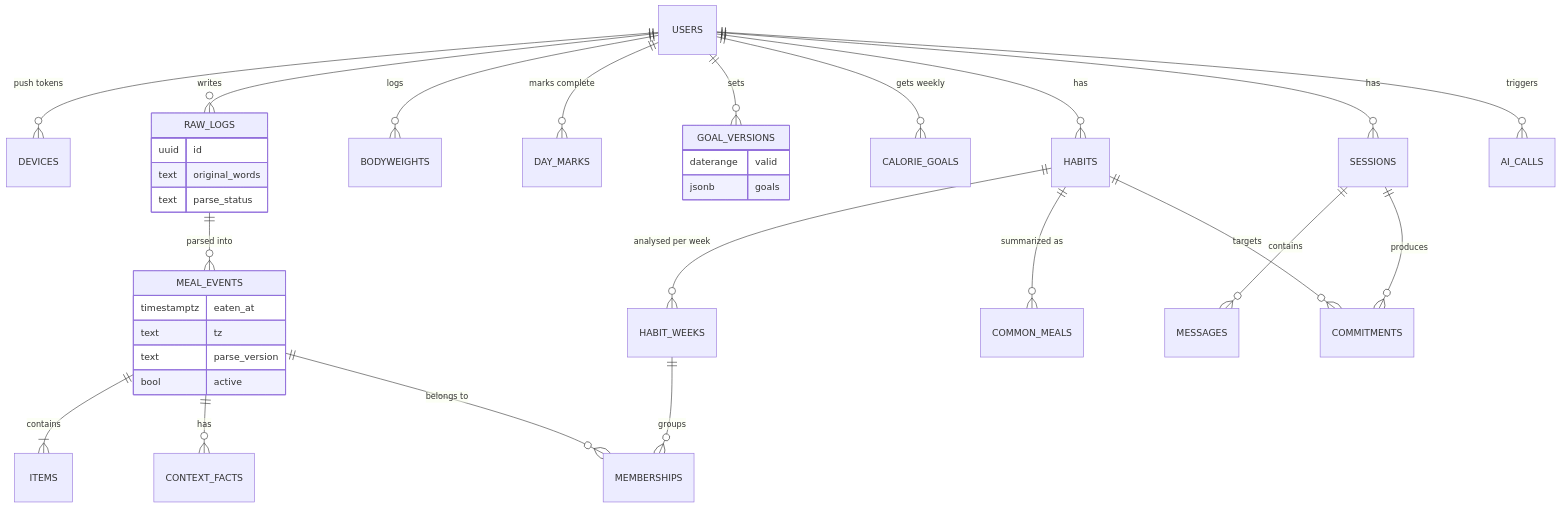
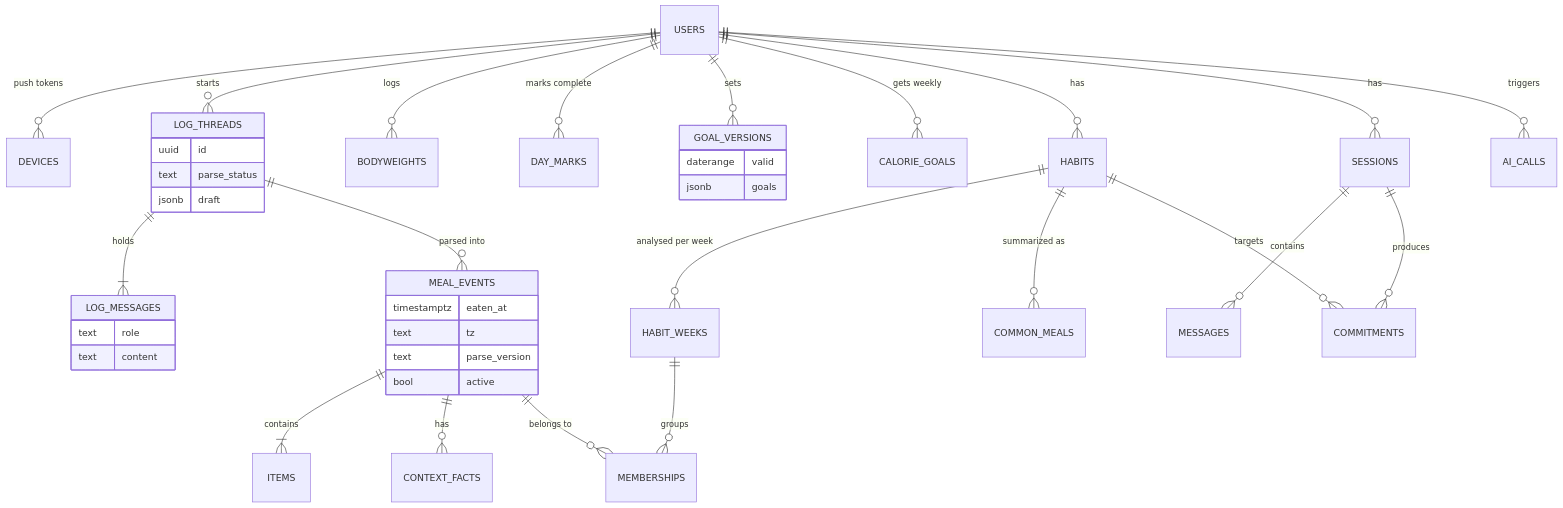
The first of 2 diagrams in administration/docs/database-analysis.md (odymosgr/ai-powered-eating-habits), drawn with Mermaid before and after one commit. The commit also changed other lines of this file and 2 other files, not shown here.

Commit message:
docs(plan): add the meal-log thread

````diff
--- a/administration/docs/database-analysis.md
+++ b/administration/docs/database-analysis.md
@@ -36,37 +36,42 @@
 ```mermaid
 erDiagram
     USERS ||--o{ DEVICES : "push tokens"
-    USERS ||--o{ RAW_LOGS : writes
-    RAW_LOGS ||--o{ MEAL_EVENTS : "parsed into"
+    USERS ||--o{ LOG_THREADS : starts
+    LOG_THREADS ||--|{ LOG_MESSAGES : holds
+    LOG_THREADS ||--o{ MEAL_EVENTS : "parsed into"
     MEAL_EVENTS ||--|{ ITEMS : contains
     MEAL_EVENTS ||--o{ CONTEXT_FACTS : has
     USERS ||--o{ BODYWEIGHTS : logs
     USERS ||--o{ DAY_MARKS : "marks complete"
     USERS ||--o{ GOAL_VERSIONS : sets
     USERS ||--o{ CALORIE_GOALS : "gets weekly"
     USERS ||--o{ HABITS : has
     HABITS ||--o{ HABIT_WEEKS : "analysed per week"
     HABIT_WEEKS ||--o{ MEMBERSHIPS : groups
     MEAL_EVENTS ||--o{ MEMBERSHIPS : "belongs to"
     HABITS ||--o{ COMMON_MEALS : "summarized as"
     USERS ||--o{ SESSIONS : has
     SESSIONS ||--o{ MESSAGES : contains
     SESSIONS ||--o{ COMMITMENTS : produces
     HABITS ||--o{ COMMITMENTS : targets
     USERS ||--o{ AI_CALLS : triggers
-    RAW_LOGS {
+    LOG_THREADS {
         uuid id
-        text original_words
         text parse_status
+        jsonb draft
+    }
+    LOG_MESSAGES {
+        text role
+        text content
     }
     MEAL_EVENTS {
         timestamptz eaten_at
         text tz
         text parse_version
         bool active
     }
     GOAL_VERSIONS {
         daterange valid
         jsonb goals
     }
 ```
````
